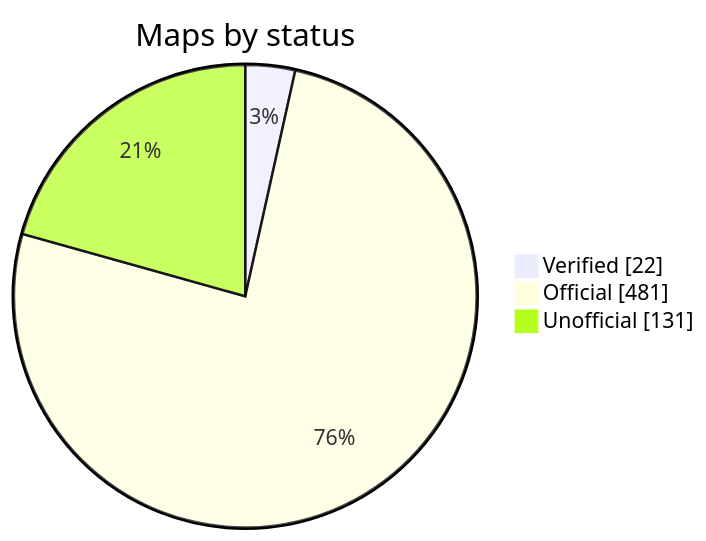
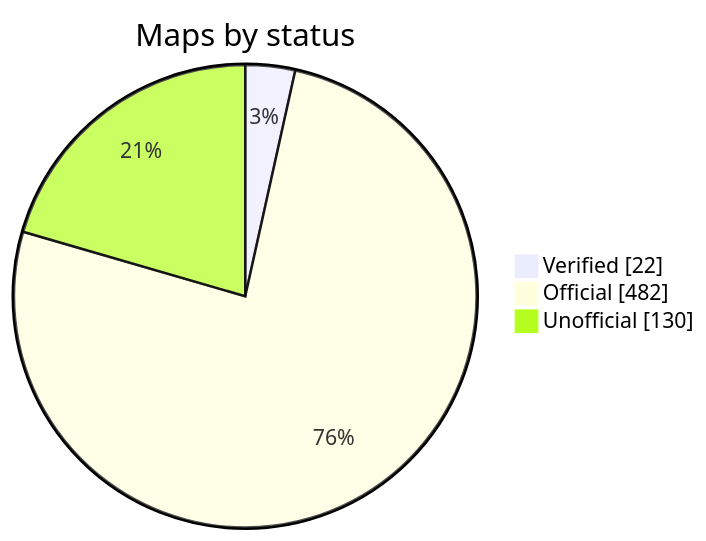
Before and after one commit to nobrega8/mbmap-library: the diagram in README.md, drawn with Mermaid. The commit also changed 6 other files, not shown here.

````diff
--- a/README.md
+++ b/README.md
@@ -52,7 +52,7 @@
 ```mermaid
 pie showData
     title Maps by status
     "Verified" : 22
-    "Official" : 481
-    "Unofficial" : 131
+    "Official" : 482
+    "Unofficial" : 130
 ```
````
